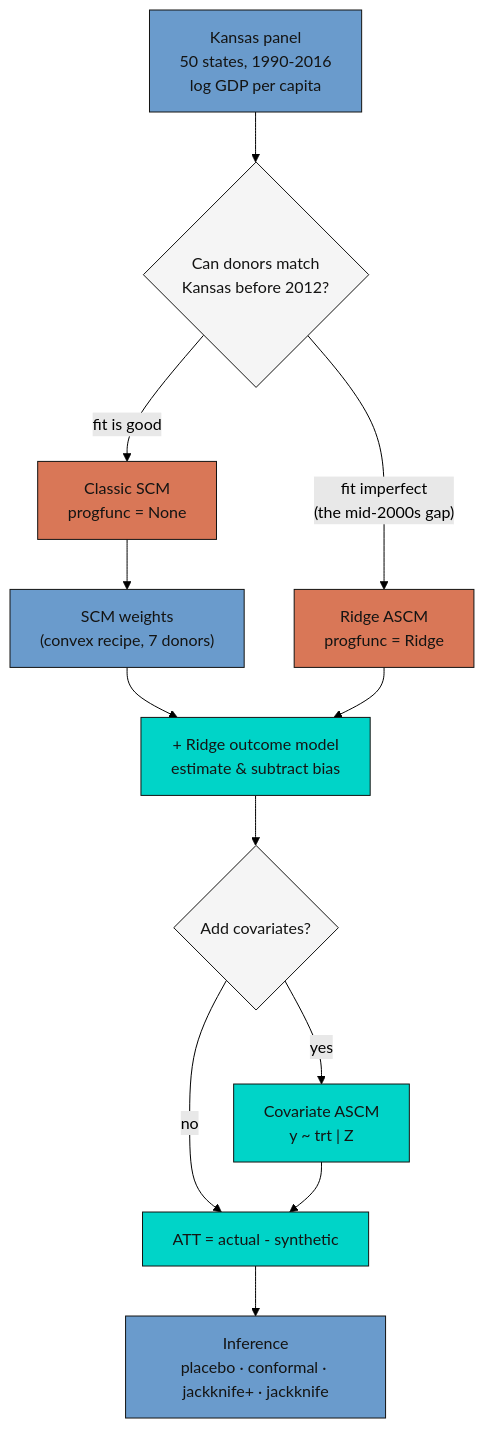
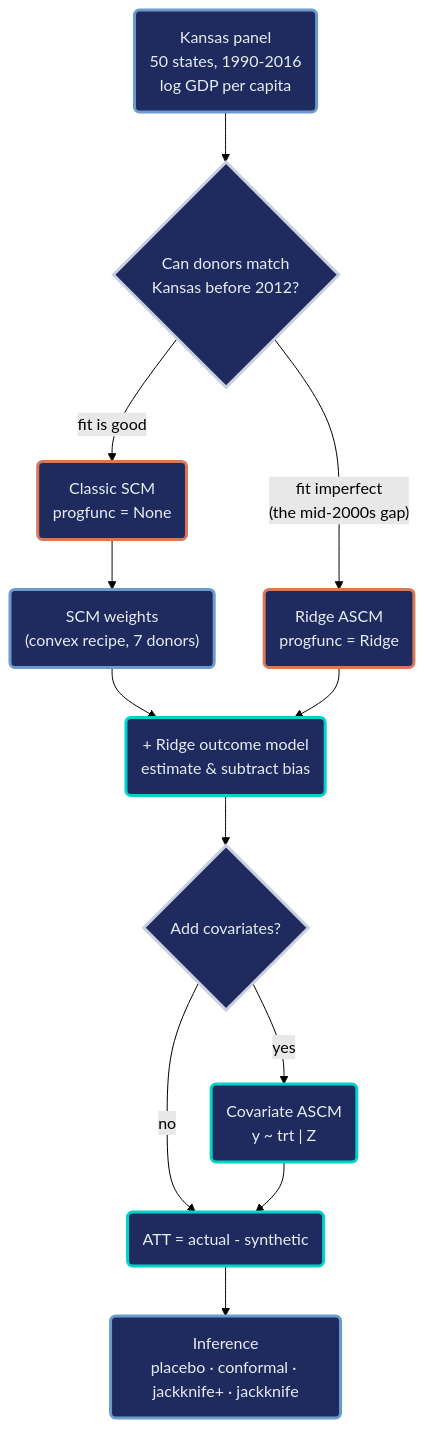
One commit to cmg777/starter-academic-v501 changed the diagram in content/post/r_augsynth/index.md. Above: the diagram before and after it, drawn with Mermaid (forest theme). The commit also changed 13 other files, not shown here.

First line of the commit message:
content(mermaid): restyle flowcharts in R posts

````diff
--- a/content/post/r_augsynth/index.md
+++ b/content/post/r_augsynth/index.md
@@ -92,26 +92,24 @@
 ```mermaid
 flowchart TD
-    P["Kansas panel<br/>50 states, 1990-2016<br/>log GDP per capita"] --> Q{"Can donors match<br/>Kansas before 2012?"}
-    Q -->|"fit is good"| S["Classic SCM<br/>progfunc = None"]
-    Q -->|"fit imperfect<br/>(the mid-2000s gap)"| R["Ridge ASCM<br/>progfunc = Ridge"]
-    S --> W["SCM weights<br/>(convex recipe, 7 donors)"]
-    W --> B["+ Ridge outcome model<br/>estimate &amp; subtract bias"]
+    P("Kansas panel<br/>50 states, 1990-2016<br/>log GDP per capita") --> Q{"Can donors match<br/>Kansas before 2012?"}
+    Q -->|"fit is good"| S("Classic SCM<br/>progfunc = None")
+    Q -->|"fit imperfect<br/>(the mid-2000s gap)"| R("Ridge ASCM<br/>progfunc = Ridge")
+    S --> W("SCM weights<br/>(convex recipe, 7 donors)")
+    W --> B("+ Ridge outcome model<br/>estimate &amp; subtract bias")
     R --> B
     B --> Z{"Add covariates?"}
-    Z -->|"yes"| C["Covariate ASCM<br/>y ~ trt | Z"]
-    Z -->|"no"| A["ATT = actual - synthetic"]
+    Z -->|"yes"| C("Covariate ASCM<br/>y ~ trt | Z")
+    Z -->|"no"| A("ATT = actual - synthetic")
     C --> A
-    A --> I["Inference<br/>placebo · conformal · jackknife+ · jackknife"]
-    style P fill:#6a9bcc,stroke:#141413,color:#141413
-    classDef sty_Q fill:#f5f5f5,stroke:#141413,color:#141413
+    A --> I("Inference<br/>placebo · conformal · jackknife+ · jackknife")
+    classDef sty_Q fill:#1f2b5e,stroke:#c8d0e0,stroke-width:3px,color:#e8ecf2
     class Q sty_Q
-    classDef sty_Z fill:#f5f5f5,stroke:#141413,color:#141413
+    classDef sty_Z fill:#1f2b5e,stroke:#c8d0e0,stroke-width:3px,color:#e8ecf2
     class Z sty_Z
-    style S fill:#d97757,stroke:#141413,color:#141413
-    style R fill:#d97757,stroke:#141413,color:#141413
-    style W fill:#6a9bcc,stroke:#141413,color:#141413
-    style B fill:#00d4c8,stroke:#141413,color:#141413
-    style C fill:#00d4c8,stroke:#141413,color:#141413
-    style A fill:#00d4c8,stroke:#141413,color:#141413
-    style I fill:#6a9bcc,stroke:#141413,color:#141413
+    classDef blue fill:#1f2b5e,stroke:#6a9bcc,stroke-width:3px,color:#e8ecf2
+    classDef orange fill:#1f2b5e,stroke:#d97757,stroke-width:3px,color:#e8ecf2
+    classDef teal fill:#1f2b5e,stroke:#00d4c8,stroke-width:3px,color:#e8ecf2
+    class P,W,I blue
+    class S,R orange
+    class B,C,A teal
 ```
````
